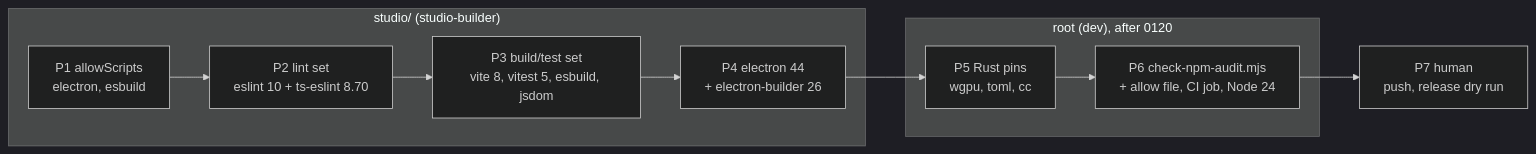
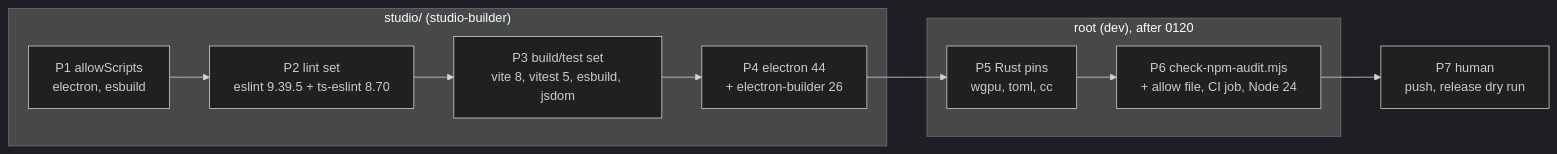
One commit to IgorKonovalov/Ritmolux changed the diagram in docs/plans/0220-the-dependencies-catch-up-and-npm-gets-its-gate.md. Above: the diagram before and after it, drawn with Mermaid (dark theme). The commit also changed other lines of this file, not shown here.

Commit message:
docs(plans): 0220 says eslint stayed on 9.39.5 in its TL;DR and diagram

````diff
--- a/docs/plans/0220-the-dependencies-catch-up-and-npm-gets-its-gate.md
+++ b/docs/plans/0220-the-dependencies-catch-up-and-npm-gets-its-gate.md
@@ -78,15 +79,15 @@
 ```mermaid
 flowchart LR
     subgraph studio["studio/ (studio-builder)"]
         P1["P1 allowScripts<br/>electron, esbuild"]
-        P2["P2 lint set<br/>eslint 10 + ts-eslint 8.70"]
+        P2["P2 lint set<br/>eslint 9.39.5 + ts-eslint 8.70"]
         P3["P3 build/test set<br/>vite 8, vitest 5, esbuild, jsdom"]
         P4["P4 electron 44<br/>+ electron-builder 26"]
     end
     subgraph repo["root (dev), after 0120"]
         P5["P5 Rust pins<br/>wgpu, toml, cc"]
         P6["P6 check-npm-audit.mjs<br/>+ allow file, CI job, Node 24"]
     end
     P7["P7 human<br/>push, release dry run"]
     P1 --> P2 --> P3 --> P4 --> P5 --> P6 --> P7
 ```
````
